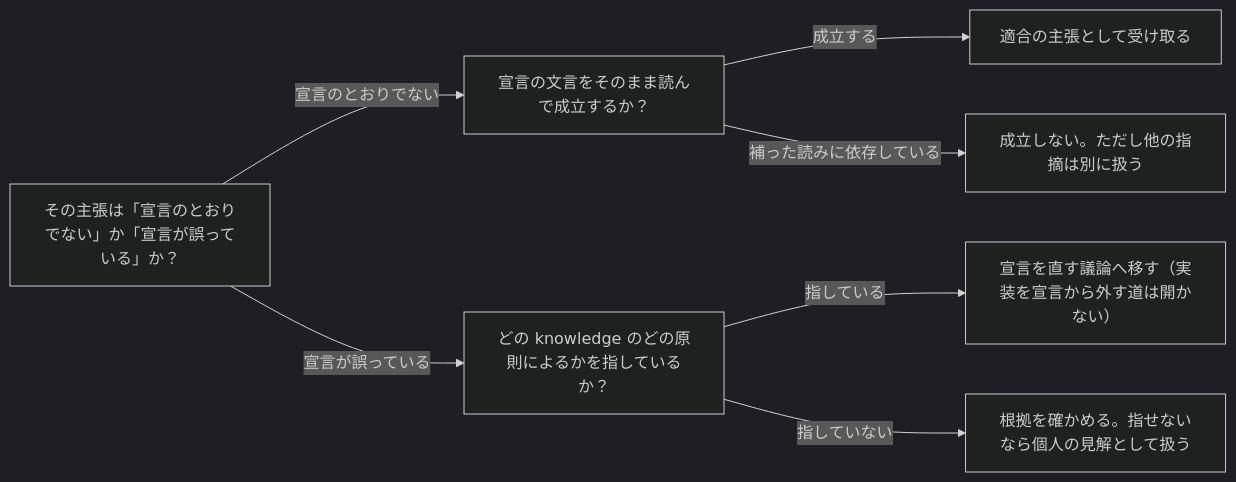
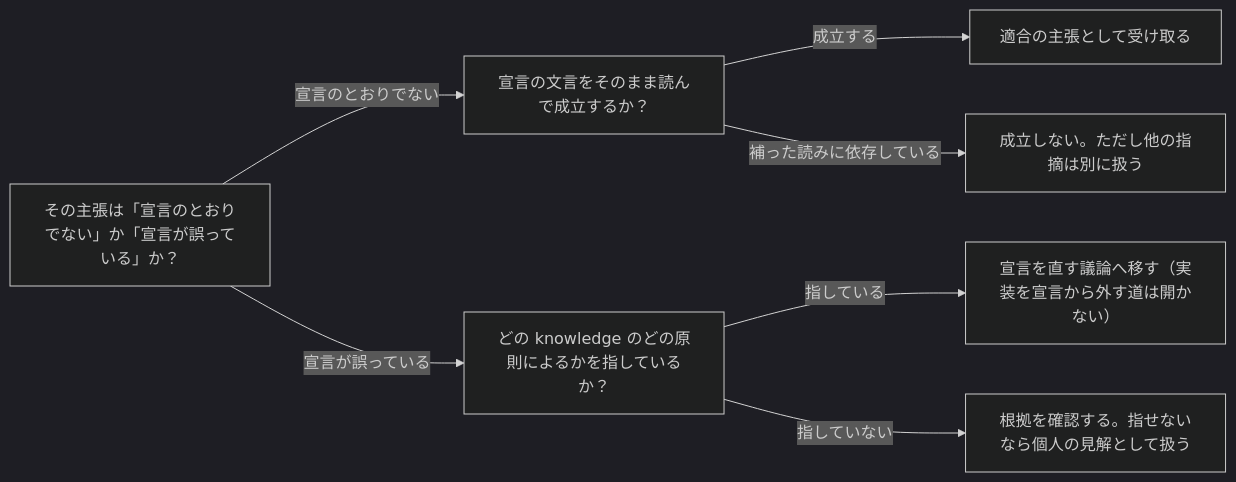
One commit to daidaiiro-519/daidaiiro changed the diagram in .claude/skills/ddd-advisor/references/knowledge/knowledge-cand-declaration-text-arbitrates-violation-claims.md. Above: the diagram before and after it, drawn with Mermaid (dark theme). The commit also changed other lines of this file and 120 other files, not shown here.

````diff
--- a/.claude/skills/ddd-advisor/references/knowledge/knowledge-cand-declaration-text-arbitrates-violation-claims.md
+++ b/.claude/skills/ddd-advisor/references/knowledge/knowledge-cand-declaration-text-arbitrates-violation-claims.md
@@ -47,16 +47,16 @@
 ```mermaid
 flowchart LR
     q1["その主張は「宣言のとおりでない」か「宣言が誤っている」か？"]
     q2["宣言の文言をそのまま読んで成立するか？"]
     q3["どの knowledge のどの原則によるかを指しているか？"]
     accept["適合の主張として受け取る"]
     reject["成立しない。ただし他の指摘は別に扱う"]
     revise["宣言を直す議論へ移す（実装を宣言から外す道は開かない）"]
-    ask["根拠を確かめる。指せないなら個人の見解として扱う"]
+    ask["根拠を確認する。指せないなら個人の見解として扱う"]
     q1 -->|"宣言のとおりでない"| q2
     q1 -->|"宣言が誤っている"| q3
     q2 -->|"成立する"| accept
     q2 -->|"補った読みに依存している"| reject
     q3 -->|"指している"| revise
     q3 -->|"指していない"| ask
 ```
````
